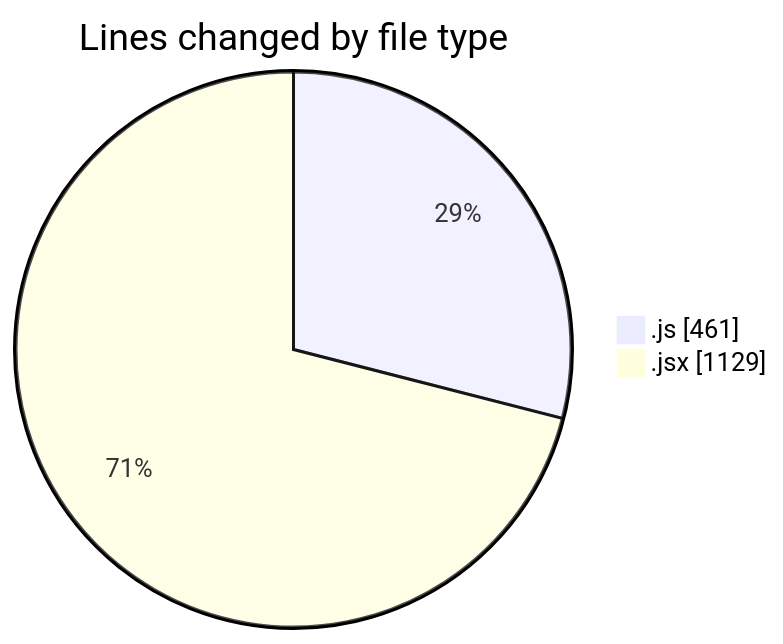
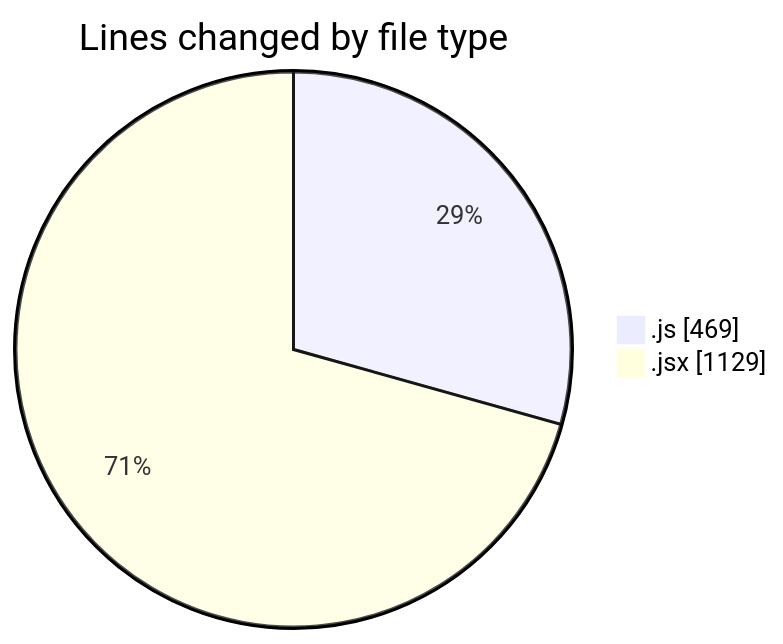
One commit to nxtqubesakshisongat/code-tracking changed the first of 2 diagrams in 2025-12-01/nxtqube_webapp/README.md. Above: the diagram before and after it, drawn with Mermaid. The commit also changed other lines of this file and 1 other file, not shown here.

````diff
--- a/2025-12-01/nxtqube_webapp/README.md
+++ b/2025-12-01/nxtqube_webapp/README.md
@@ -22,6 +22,6 @@
 ```mermaid
 pie showData
 title Lines changed by file type
-".js" : 461
+".js" : 469
 ".jsx" : 1129
 ```
````
